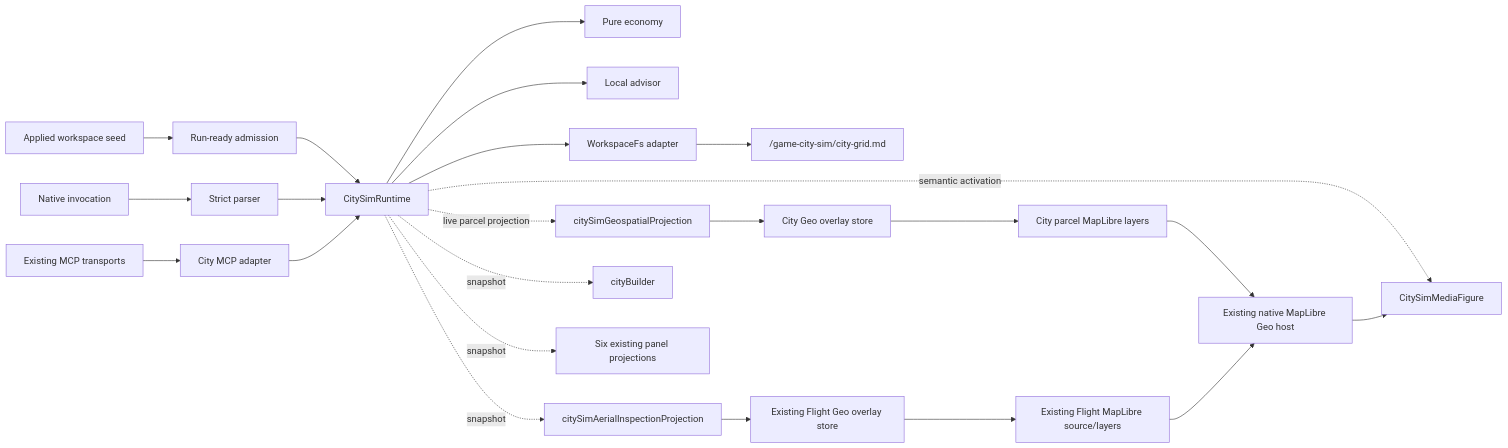
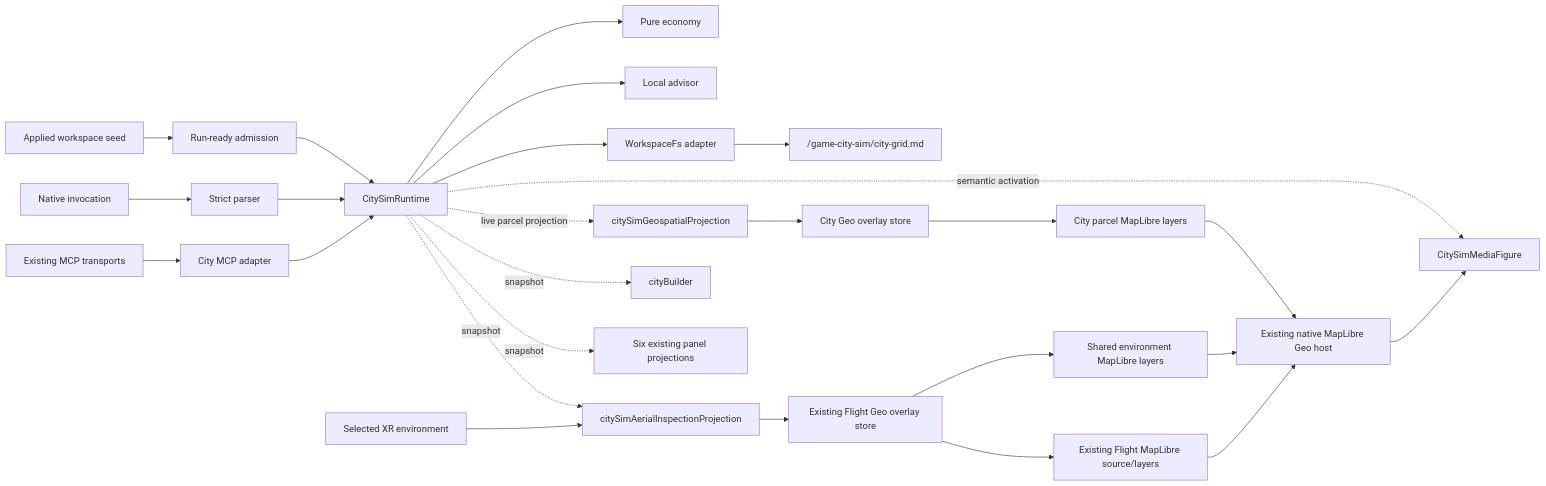
One commit to huijoohwee/agentic-graph changed the first of 2 diagrams in .kiro/specs/knowgrph-city-building-sim/design.md. Above: the diagram before and after it, drawn with Mermaid. The commit also changed other lines of this file and 53 other files, not shown here.

````diff
--- a/.kiro/specs/knowgrph-city-building-sim/design.md
+++ b/.kiro/specs/knowgrph-city-building-sim/design.md
@@ -51,25 +52,28 @@
 ```mermaid
 flowchart LR
   Source["Applied workspace seed"] --> Admission["Run-ready admission"]
   Invocation["Native invocation"] --> Parser["Strict parser"]
   MCP["Existing MCP transports"] --> Adapter["City MCP adapter"]
   Admission --> Runtime["CitySimRuntime"]
   Parser --> Runtime
   Adapter --> Runtime
   Runtime --> Tick["Pure economy"]
   Runtime --> Advisor["Local advisor"]
   Runtime --> Persistence["WorkspaceFs adapter"]
   Persistence --> Document["/game-city-sim/city-grid.md"]
   Runtime -. semantic activation .-> Figure["CitySimMediaFigure"]
   Runtime -. live parcel projection .-> CityProjection["citySimGeospatialProjection"]
   CityProjection --> CityStore["City Geo overlay store"]
   CityStore --> CityLayers["City parcel MapLibre layers"]
   CityLayers --> Geo["Existing native MapLibre Geo host"]
   Runtime -. snapshot .-> Aerial["citySimAerialInspectionProjection"]
+  Environment["Selected XR environment"] --> Aerial
   Aerial --> FlightStore["Existing Flight Geo overlay store"]
+  FlightStore --> EnvironmentLayers["Shared environment MapLibre layers"]
+  EnvironmentLayers --> Geo
   FlightStore --> FlightLayers["Existing Flight MapLibre source/layers"]
   FlightLayers --> Geo
   Geo --> Figure
   Runtime -. snapshot .-> Builder["cityBuilder"]
   Runtime -. snapshot .-> Projections["Six existing panel projections"]
 ```
````
